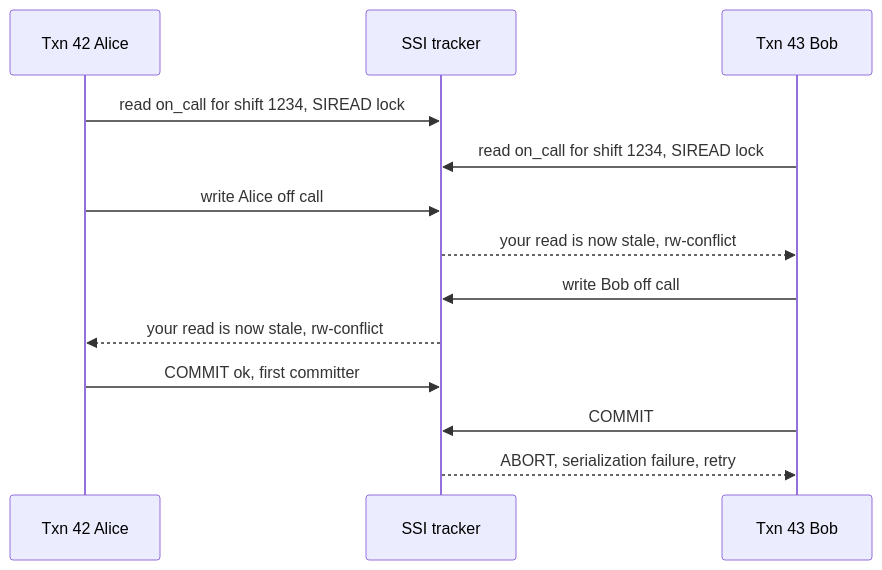
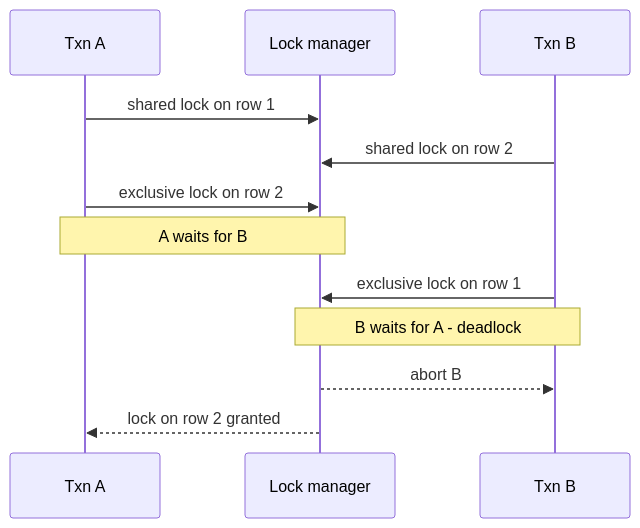
The diagram in docs/data/lessons/databases/17-serializability.md (alvinnew100/grand-line-study-guide), drawn with Mermaid before and after one commit. The commit also changed other lines of this file and 37 other files, not shown here.

````diff
--- a/docs/data/lessons/databases/17-serializability.md
+++ b/docs/data/lessons/databases/17-serializability.md
@@ -190,15 +101,14 @@
 ```mermaid
 sequenceDiagram
-  participant T42 as Txn 42 Alice
-  participant DB as SSI tracker
-  participant T43 as Txn 43 Bob
-  T42->>DB: read on_call for shift 1234, SIREAD lock
-  T43->>DB: read on_call for shift 1234, SIREAD lock
-  T42->>DB: write Alice off call
-  DB-->>T43: your read is now stale, rw-conflict
-  T43->>DB: write Bob off call
-  DB-->>T42: your read is now stale, rw-conflict
-  T42->>DB: COMMIT ok, first committer
-  T43->>DB: COMMIT
-  DB-->>T43: ABORT, serialization failure, retry
+  participant A as Txn A
+  participant L as Lock manager
+  participant B as Txn B
+  A->>L: shared lock on row 1
+  B->>L: shared lock on row 2
+  A->>L: exclusive lock on row 2
+  Note over A,L: A waits for B
+  B->>L: exclusive lock on row 1
+  Note over L,B: B waits for A - deadlock
+  L-->>B: abort B
+  L-->>A: lock on row 2 granted
 ```
````
